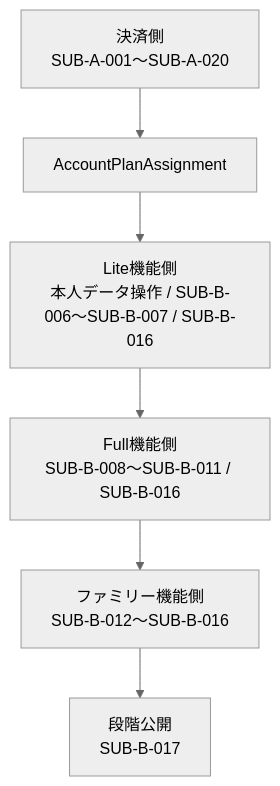
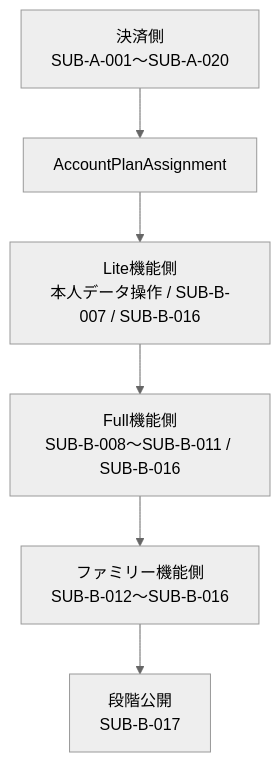
One commit to kkyosuke/me-builder changed the third of 3 diagrams in docs/development/subscription-remaining-tasks.md. Above: the diagram before and after it, drawn with Mermaid (neutral theme). The commit also changed other lines of this file and 46 other files, not shown here.

````diff
--- a/docs/development/subscription-remaining-tasks.md
+++ b/docs/development/subscription-remaining-tasks.md
@@ -99,8 +99,8 @@
 ```mermaid
 flowchart TD
     A[決済側<br/>SUB-A-001〜SUB-A-020] --> I[AccountPlanAssignment]
-    I --> L[Lite機能側<br/>本人データ操作 / SUB-B-006〜SUB-B-007 / SUB-B-016]
+    I --> L[Lite機能側<br/>本人データ操作 / SUB-B-007 / SUB-B-016]
     L --> U[Full機能側<br/>SUB-B-008〜SUB-B-011 / SUB-B-016]
     U --> F[ファミリー機能側<br/>SUB-B-012〜SUB-B-016]
     F --> R[段階公開<br/>SUB-B-017]
 ```
````
